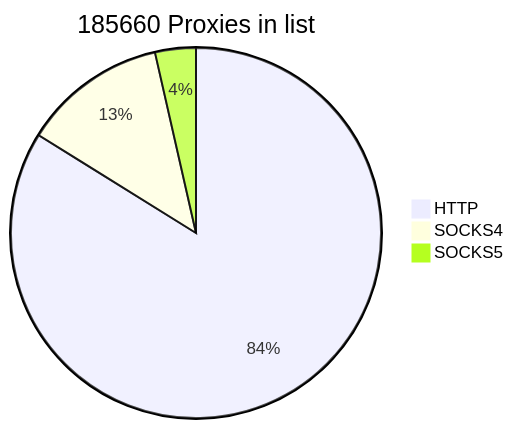
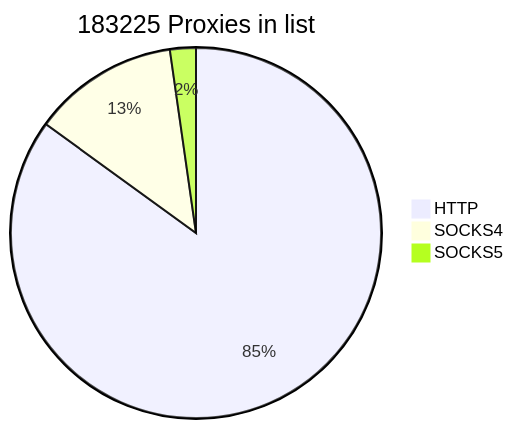
The first of 2 diagrams in README.md (cutipu/proxylist), drawn with Mermaid before and after one commit. The commit also changed other lines of this file, not shown here.

````diff
--- a/README.md
+++ b/README.md
@@ -2,7 +2,7 @@
 ```mermaid
-pie title 185660 Proxies in list
-    "HTTP" : 155688
-    "SOCKS4" : 23369
-    "SOCKS5" : 6603
+pie title 183225 Proxies in list
+    "HTTP" : 155715
+    "SOCKS4" : 23372
+    "SOCKS5" : 4138
             
 ```
````
